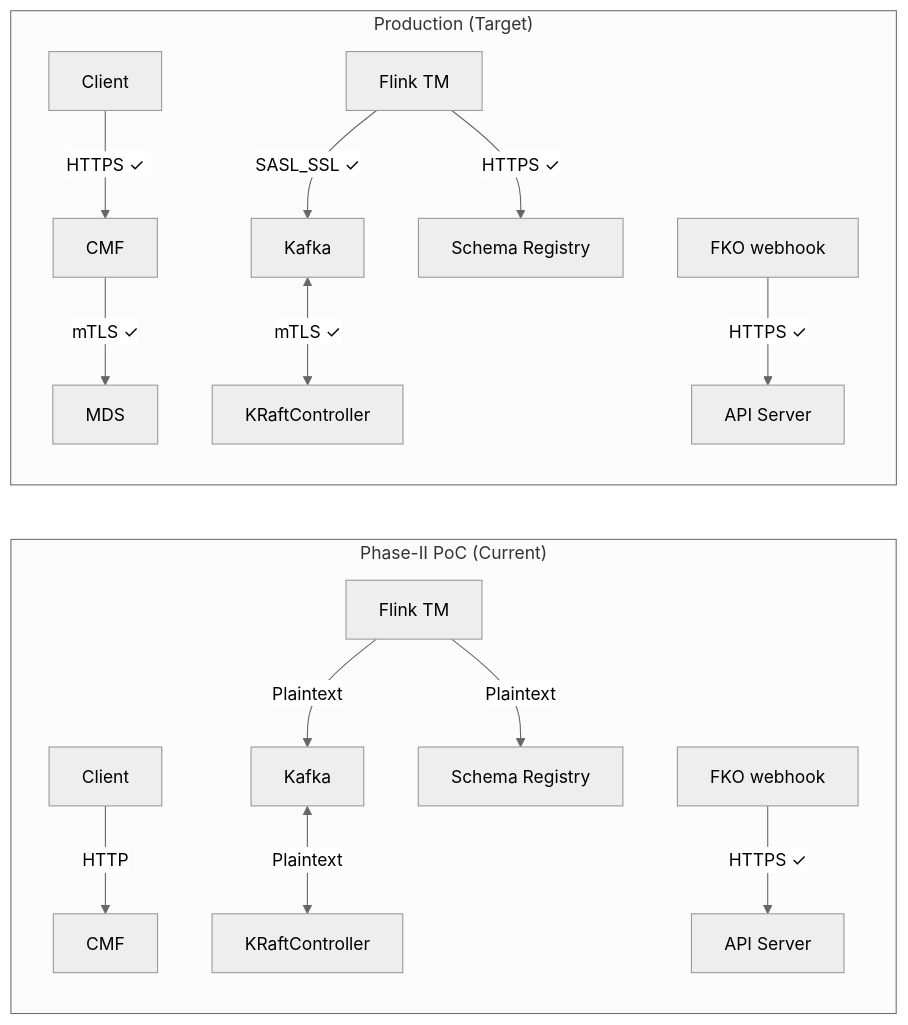
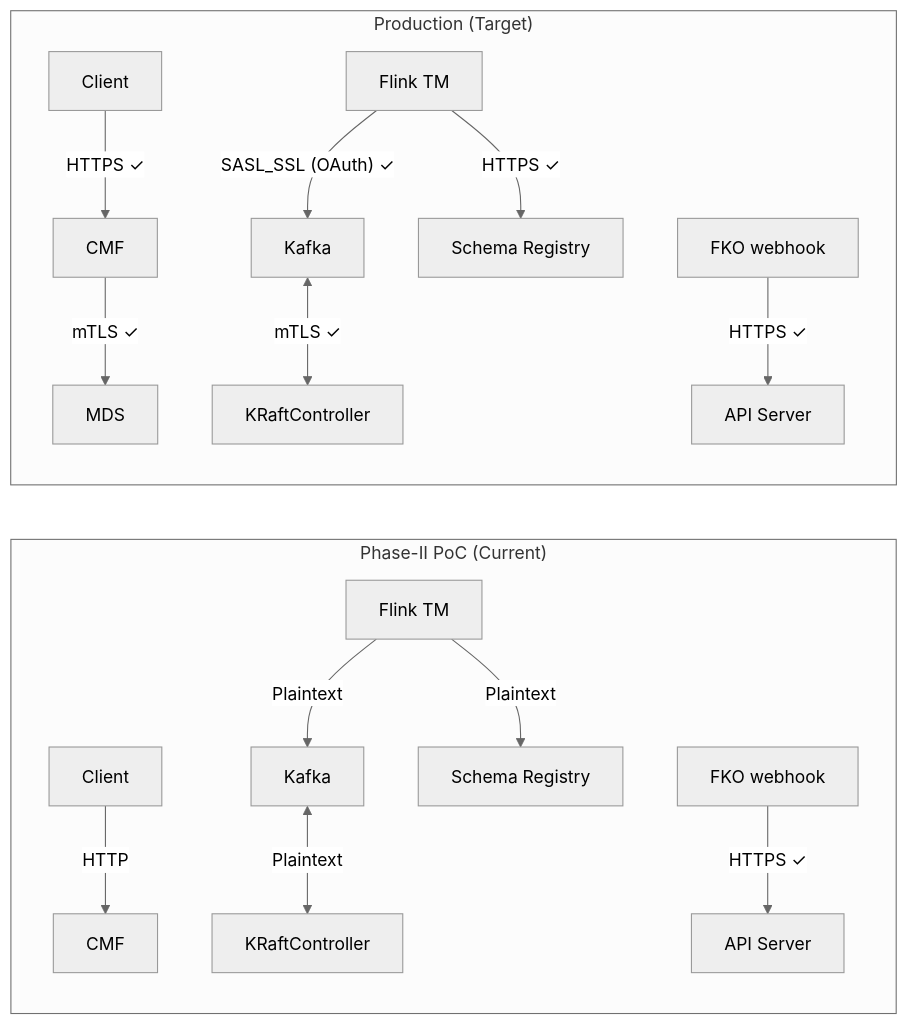
The ninth of 9 diagrams in docs/TLS.md (aadmassu/flink-on-k8s-with-cp), drawn with Mermaid (neutral theme) before and after one commit. The commit also changed other lines of this file, not shown here.

First line of the commit message:
Update TLS doc: use SASL_SSL (OAuth) for Flink-to-Kafka connections

````diff
--- a/docs/TLS.md
+++ b/docs/TLS.md
@@ -456,21 +461,21 @@
 ```mermaid
 flowchart LR
     subgraph poc["Phase-II PoC (Current)"]
         direction TB
         poc_client["Client"] -->|"HTTP"| poc_cmf["CMF"]
         poc_tm["Flink TM"] -->|"Plaintext"| poc_kafka["Kafka"]
         poc_tm -->|"Plaintext"| poc_sr["Schema Registry"]
         poc_kafka <-->|"Plaintext"| poc_kraft["KRaftController"]
         poc_fko["FKO webhook"] -->|"HTTPS ✓"| poc_api["API Server"]
     end
 
     subgraph prod["Production (Target)"]
         direction TB
         prod_client["Client"] -->|"HTTPS ✓"| prod_cmf["CMF"]
         prod_cmf -->|"mTLS ✓"| prod_mds["MDS"]
-        prod_tm["Flink TM"] -->|"SASL_SSL ✓"| prod_kafka["Kafka"]
+        prod_tm["Flink TM"] -->|"SASL_SSL (OAuth) ✓"| prod_kafka["Kafka"]
         prod_tm -->|"HTTPS ✓"| prod_sr["Schema Registry"]
         prod_kafka <-->|"mTLS ✓"| prod_kraft["KRaftController"]
         prod_fko["FKO webhook"] -->|"HTTPS ✓"| prod_api["API Server"]
     end
 ```
````
